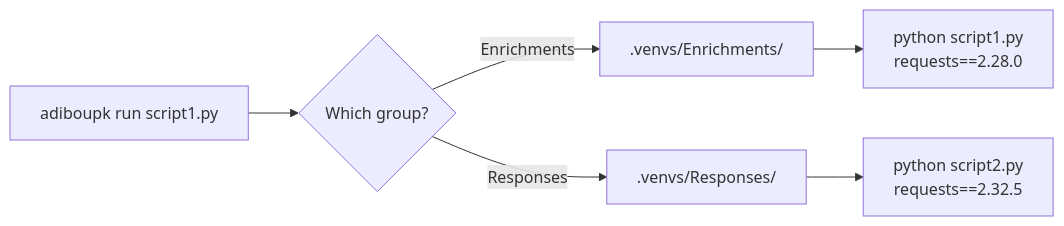
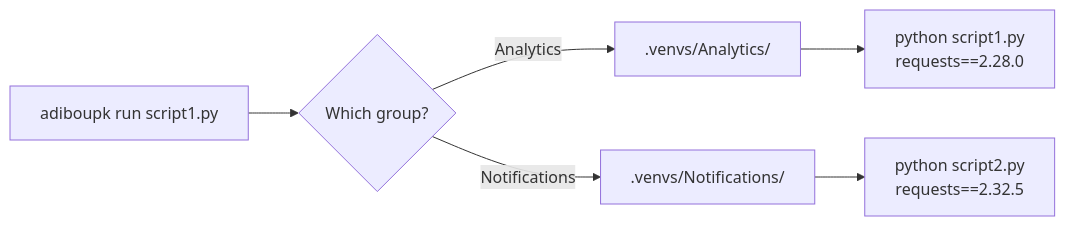
Before and after one commit to NoahPodcast/adiboupk: the diagram in docs/index.md, drawn with Mermaid. The commit also changed other lines of this file and 4 other files, not shown here.

````diff
--- a/docs/index.md
+++ b/docs/index.md
@@ -105,8 +105,8 @@
 ```mermaid
 graph LR
     A[adiboupk run script1.py] --> B{Which group?}
-    B -->|Enrichments| C[".venvs/Enrichments/"]
-    B -->|Responses| D[".venvs/Responses/"]
+    B -->|Analytics| C[".venvs/Analytics/"]
+    B -->|Notifications| D[".venvs/Notifications/"]
     C --> E["python script1.py<br/>requests==2.28.0"]
     D --> F["python script2.py<br/>requests==2.32.5"]
 ```
````
